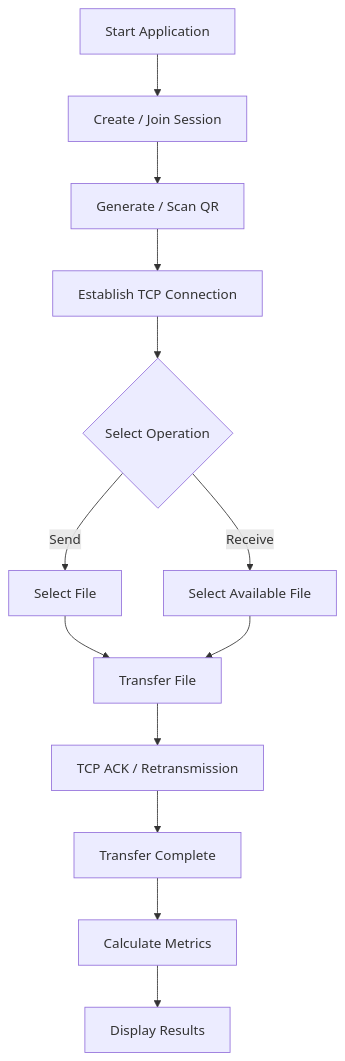
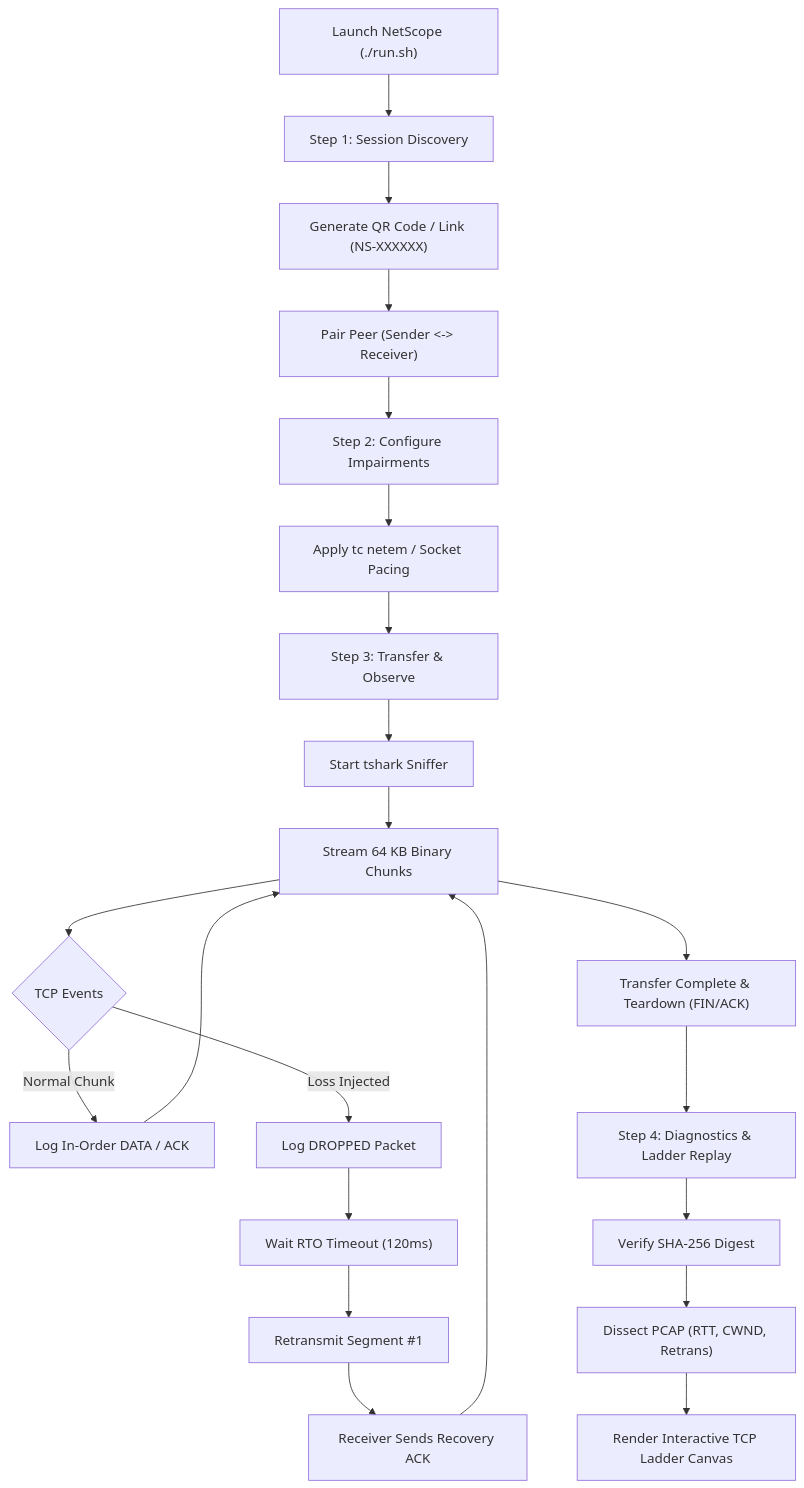
One commit to Anubothu-Aravind/NetScope changed the third of 5 diagrams in readme.md. Above: the diagram before and after it, drawn with Mermaid. The commit also changed other lines of this file and 14 other files, not shown here.

Commit message:
Enhance TCP simulation, interactive ladder replay, telemetry stream, and unify documentation

````diff
--- a/readme.md
+++ b/readme.md
@@ -184,18 +209,24 @@
 ```mermaid
 flowchart TD
-    A["Start Application"] --> B["Create / Join Session"]
-    B --> C["Generate / Scan QR"]
-    C --> D["Establish TCP Connection"]
-    D --> E{"Select Operation"}
-
-    E -->|"Send"| F["Select File"]
-    E -->|"Receive"| G["Select Available File"]
-
-    F --> H["Transfer File"]
-    G --> H
-
-    H --> I["TCP ACK / Retransmission"]
-    I --> J["Transfer Complete"]
-    J --> K["Calculate Metrics"]
-    K --> L["Display Results"]
+    Start["Launch NetScope (./run.sh)"] --> Step1["Step 1: Session Discovery"]
+    Step1 --> QR["Generate QR Code / Link (NS-XXXXXX)"]
+    QR --> Pair["Pair Peer (Sender <-> Receiver)"]
+    Pair --> Step2["Step 2: Configure Impairments"]
+    Step2 --> ApplyTC["Apply tc netem / Socket Pacing"]
+    ApplyTC --> Step3["Step 3: Transfer & Observe"]
+    Step3 --> Capture["Start tshark Sniffer"]
+    Capture --> Stream["Stream 64 KB Binary Chunks"]
+    Stream --> Events{"TCP Events"}
+    Events -->|"Normal Chunk"| ChunkLog["Log In-Order DATA / ACK"]
+    Events -->|"Loss Injected"| LossLog["Log DROPPED Packet"]
+    LossLog --> Timeout["Wait RTO Timeout (120ms)"]
+    Timeout --> Retrans["Retransmit Segment #1"]
+    Retrans --> Recovered["Receiver Sends Recovery ACK"]
+    Recovered --> Stream
+    ChunkLog --> Stream
+    Stream --> Complete["Transfer Complete & Teardown (FIN/ACK)"]
+    Complete --> Step4["Step 4: Diagnostics & Ladder Replay"]
+    Step4 --> VerifySHA["Verify SHA-256 Digest"]
+    VerifySHA --> Dissect["Dissect PCAP (RTT, CWND, Retrans)"]
+    Dissect --> RenderLadder["Render Interactive TCP Ladder Canvas"]
 ```
````
